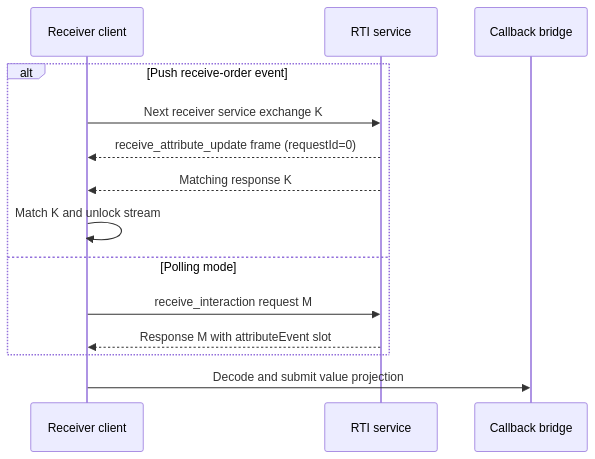
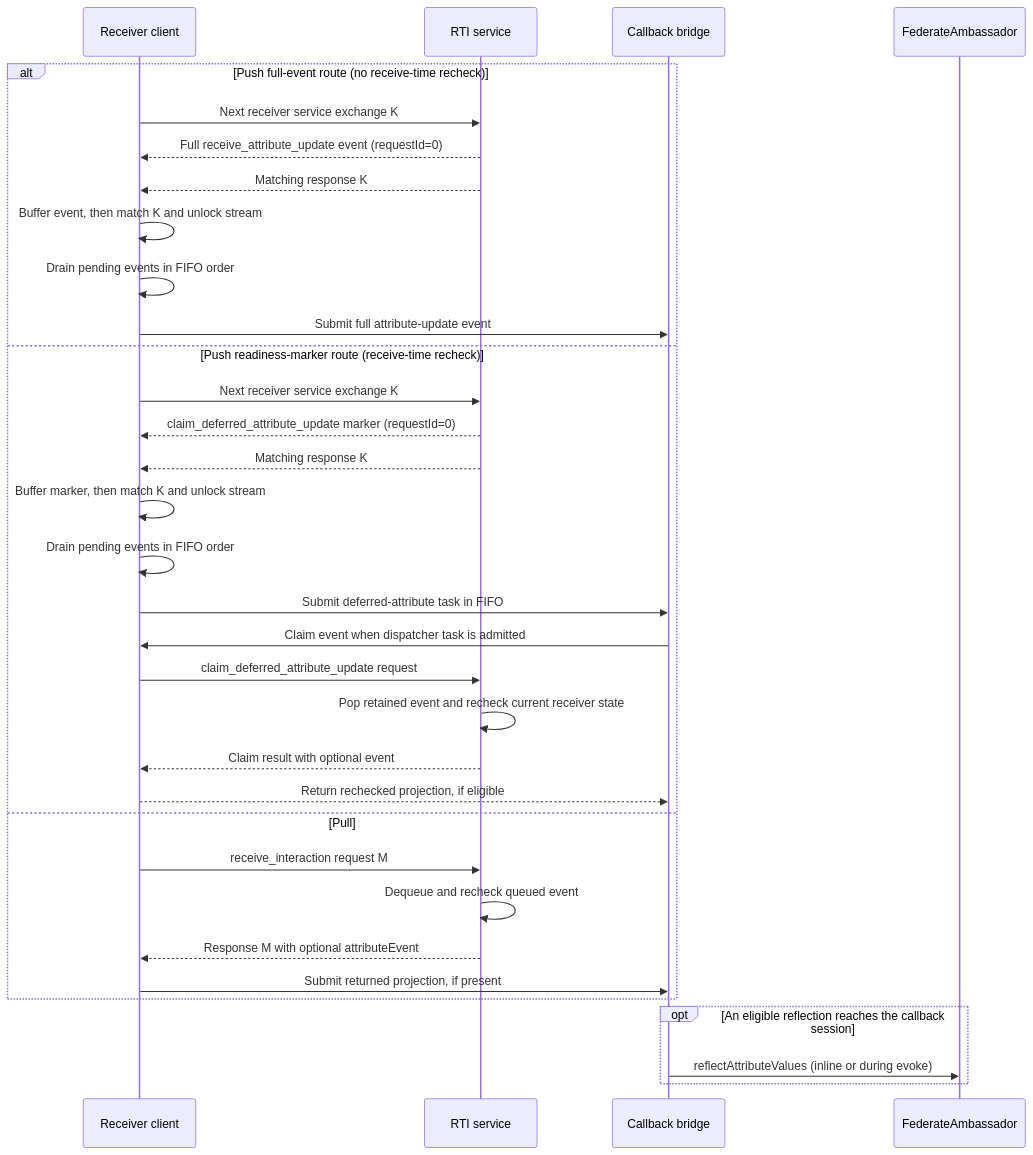
Before and after one commit to sheepfling/umbra: the tenth of 20 diagrams in docs/design/HLA-2025-PROCESS-ENDPOINT-REQUEST-AND-CALLBACK-FLOW-GUIDE.md, drawn with Mermaid. The commit also changed other lines of this file and 39 other files, not shown here.

Commit message:
Document IEEE 1516.1-2025 behavior flows

````diff
--- a/docs/design/HLA-2025-PROCESS-ENDPOINT-REQUEST-AND-CALLBACK-FLOW-GUIDE.md
+++ b/docs/design/HLA-2025-PROCESS-ENDPOINT-REQUEST-AND-CALLBACK-FLOW-GUIDE.md
@@ -408,17 +558,36 @@
 ```mermaid
 sequenceDiagram
     participant C as Receiver client
     participant S as RTI service
     participant B as Callback bridge
+    participant F as FederateAmbassador
 
-    alt Push receive-order event
+    alt Push full-event route (no receive-time recheck)
         C->>S: Next receiver service exchange K
-        S-->>C: receive_attribute_update frame (requestId=0)
+        S-->>C: Full receive_attribute_update event (requestId=0)
         S-->>C: Matching response K
-        C->>C: Match K and unlock stream
-    else Polling mode
+        C->>C: Buffer event, then match K and unlock stream
+        C->>C: Drain pending events in FIFO order
+        C->>B: Submit full attribute-update event
+    else Push readiness-marker route (receive-time recheck)
+        C->>S: Next receiver service exchange K
+        S-->>C: claim_deferred_attribute_update marker (requestId=0)
+        S-->>C: Matching response K
+        C->>C: Buffer marker, then match K and unlock stream
+        C->>C: Drain pending events in FIFO order
+        C->>B: Submit deferred-attribute task in FIFO
+        B->>C: Claim event when dispatcher task is admitted
+        C->>S: claim_deferred_attribute_update request
+        S->>S: Pop retained event and recheck current receiver state
+        S-->>C: Claim result with optional event
+        C-->>B: Return rechecked projection, if eligible
+    else Pull
         C->>S: receive_interaction request M
-        S-->>C: Response M with attributeEvent slot
+        S->>S: Dequeue and recheck queued event
+        S-->>C: Response M with optional attributeEvent
+        C->>B: Submit returned projection, if present
     end
-    C->>B: Decode and submit value projection
+    opt An eligible reflection reaches the callback session
+        B->>F: reflectAttributeValues (inline or during evoke)
+    end
 ```
````
